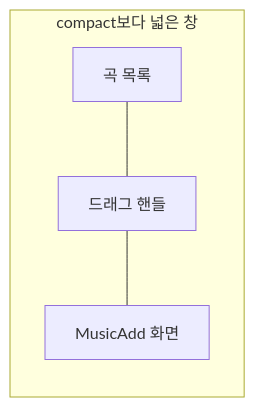
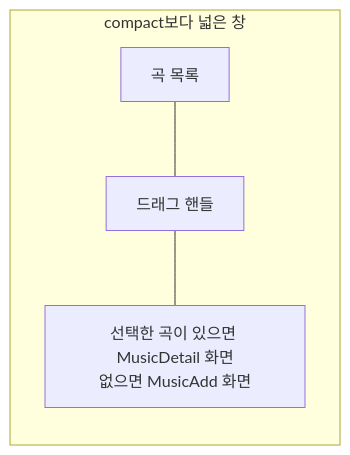
One commit to taetae98coding/DiaryKMP changed the diagram in docs/design/playlist-list-detail.md. Above: the diagram before and after it, drawn with Mermaid. The commit also changed other lines of this file and 17 other files, not shown here.

````diff
--- a/docs/design/playlist-list-detail.md
+++ b/docs/design/playlist-list-detail.md
@@ -11,6 +11,6 @@
 ```mermaid
 flowchart LR
     subgraph wide["compact보다 넓은 창"]
-        List["곡 목록"] --- Handle["드래그 핸들"] --- Detail["MusicAdd 화면"]
+        List["곡 목록"] --- Handle["드래그 핸들"] --- Detail["선택한 곡이 있으면 MusicDetail 화면<br/>없으면 MusicAdd 화면"]
     end
 ```
````
